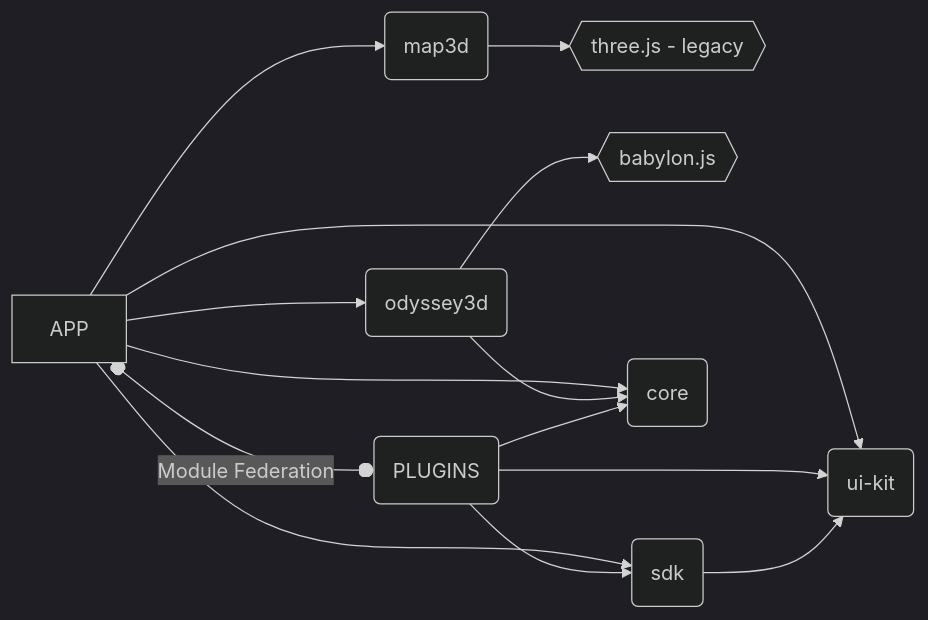
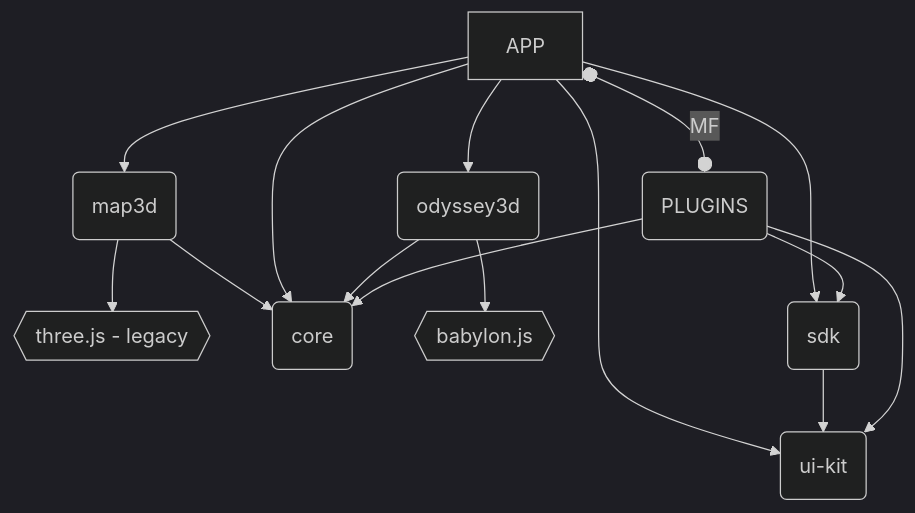
One commit to momentum-xyz/ui-client changed the second of 2 diagrams in README.md. Above: the diagram before and after it, drawn with Mermaid (dark theme). The commit also changed other lines of this file, not shown here.

Commit message:
docs: update readme with missing connection and few links

````diff
--- a/README.md
+++ b/README.md
@@ -45,16 +45,17 @@
 ```mermaid
-flowchart LR
+flowchart TD
     A --> MAP(map3d)
     MAP --> T{{three.js - legacy}}
+    MAP --> C
     A --> 3D(odyssey3d)
     3D --> B{{babylon.js}}
     A --> S(sdk)
     A[APP] --> C(core)
     A --> K(ui-kit)
+    S --> K
+    P --> S
     P --> K
-    S --> K
     3D --> C
-    A o--o |Module Federation|P(PLUGINS)
-    P --> S
     P --> C
+    A o--o |MF| P(PLUGINS)
 ```
````
